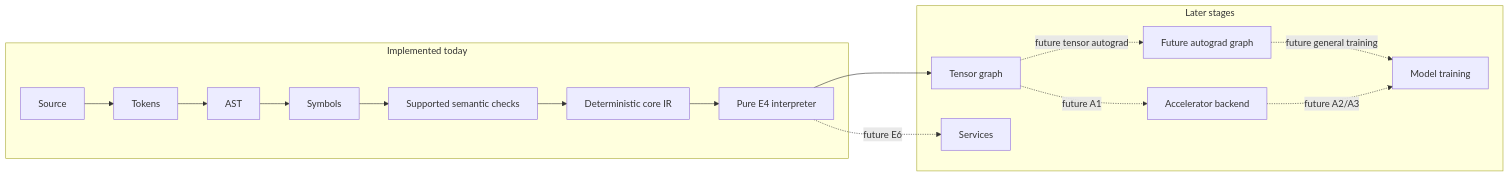
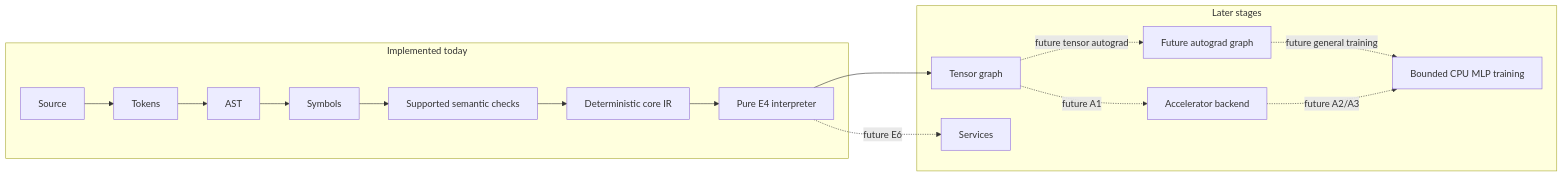
One commit to marcosbuilds/Seloryn changed the diagram in docs/project/architecture.md. Above: the diagram before and after it, drawn with Mermaid. The commit also changed other lines of this file and 36 other files, not shown here.

First line of the commit message:
Implement verified CPU MLP training profile

````diff
--- a/docs/project/architecture.md
+++ b/docs/project/architecture.md
@@ -7,24 +7,24 @@
 ```mermaid
 flowchart LR
     subgraph A1[Implemented today]
         A[Source] --> B[Tokens]
         B --> C[AST]
         C --> D[Symbols]
         D --> E[Supported semantic checks]
         E --> F[Deterministic core IR]
         F --> G[Pure E4 interpreter]
     end
     subgraph A2[Later stages]
         H[Tensor graph]
         I[Future autograd graph]
         J[Accelerator backend]
         K[Services]
-        L[Model training]
+        L[Bounded CPU MLP training]
     end
     G --> H
     H -. future tensor autograd .-> I
     H -. future A1 .-> J
     G -. future E6 .-> K
     I -. future general training .-> L
     J -. future A2/A3 .-> L
 ```
````
